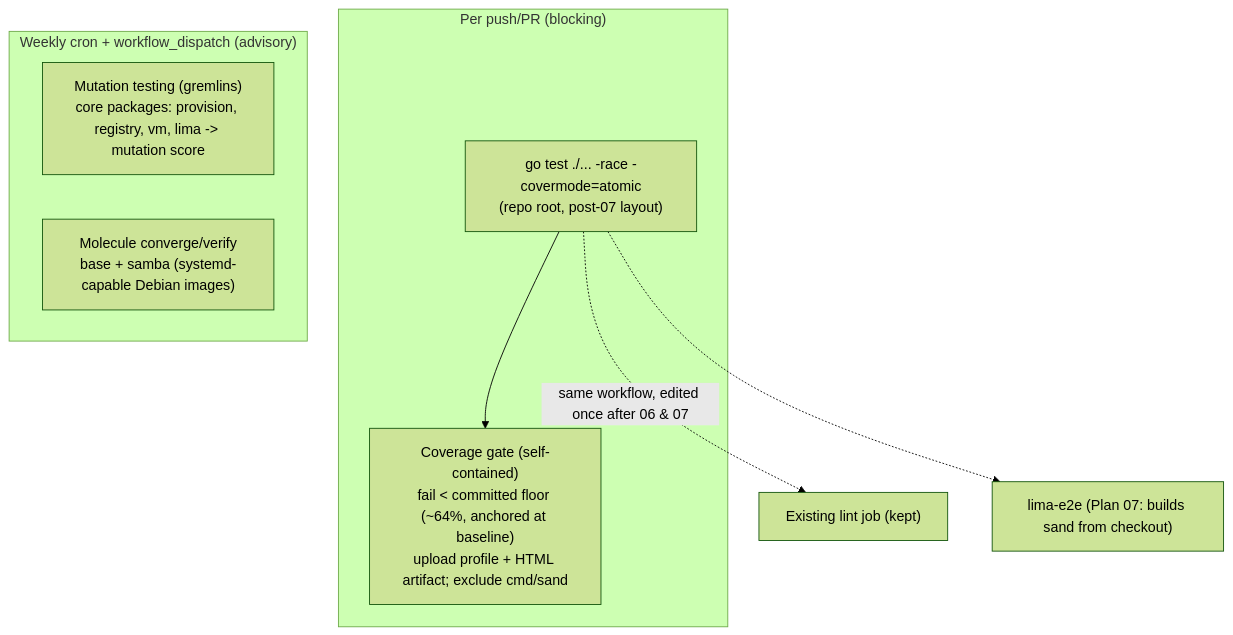
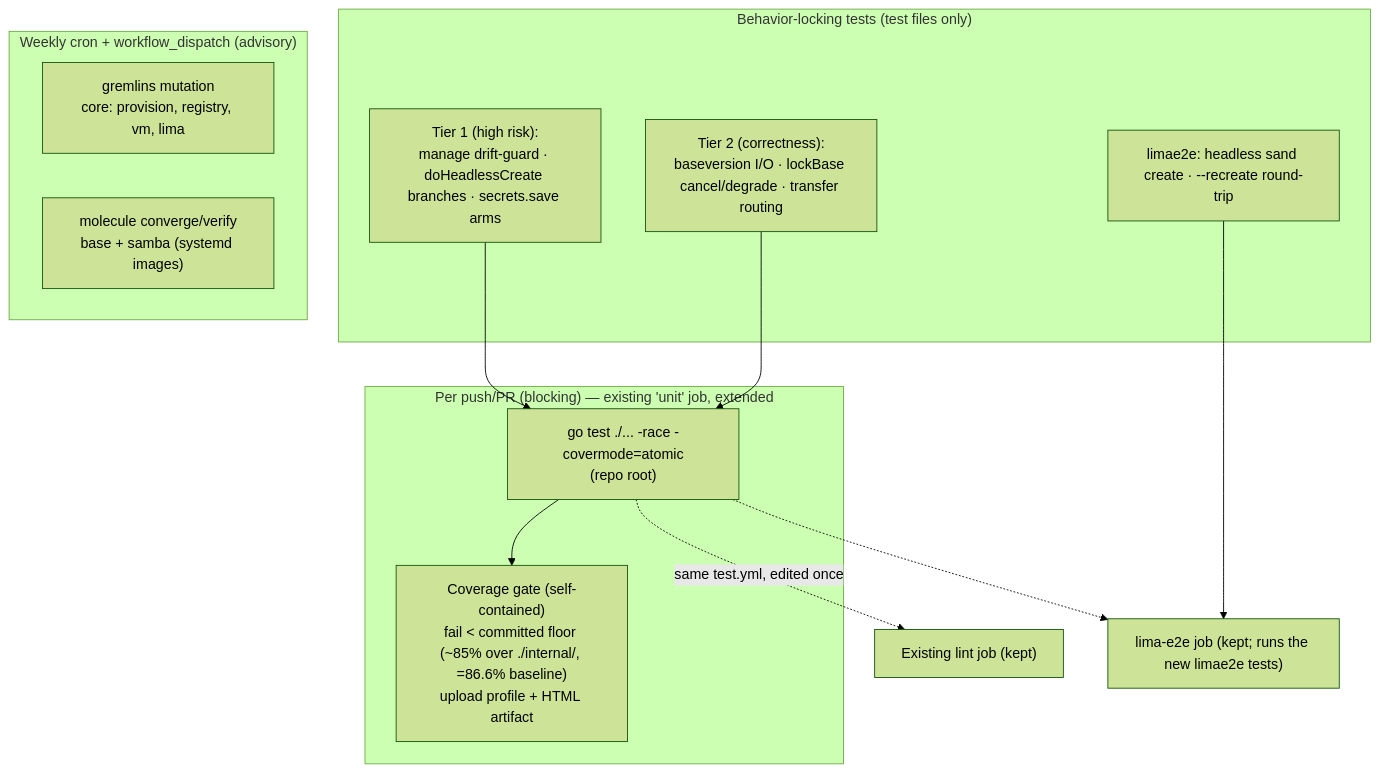
One commit to Lullabot/sandbar changed the first of 2 diagrams in .ai/strikethroo/plans/08--ci-tests-coverage-mutation/plan-08--ci-tests-coverage-mutation.md. Above: the diagram before and after it, drawn with Mermaid (forest theme). The commit also changed other lines of this file and 25 other files, not shown here.

First line of the commit message:
test(ci): lock in behavior + wire race/coverage/mutation/molecule (plan 08 phase 1)

````diff
--- a/.ai/strikethroo/plans/08--ci-tests-coverage-mutation/plan-08--ci-tests-coverage-mutation.md
+++ b/.ai/strikethroo/plans/08--ci-tests-coverage-mutation/plan-08--ci-tests-coverage-mutation.md
@@ -60,16 +79,24 @@
 ```mermaid
 flowchart TD
-    subgraph FAST["Per push/PR (blocking)"]
-        G["go test ./... -race -covermode=atomic<br/>(repo root, post-07 layout)"]
-        COV["Coverage gate (self-contained)<br/>fail < committed floor (~64%, anchored at baseline)<br/>upload profile + HTML artifact; exclude cmd/sand"]
+    subgraph AUTHOR["Behavior-locking tests (test files only)"]
+        T1["Tier 1 (high risk):<br/>manage drift-guard · doHeadlessCreate branches · secrets.save arms"]
+        T2["Tier 2 (correctness):<br/>baseversion I/O · lockBase cancel/degrade · transfer routing"]
+        E["limae2e: headless sand create · --recreate round-trip"]
+    end
+    subgraph FAST["Per push/PR (blocking) — existing 'unit' job, extended"]
+        G["go test ./... -race -covermode=atomic<br/>(repo root)"]
+        COV["Coverage gate (self-contained)<br/>fail < committed floor (~85% over ./internal/, =86.6% baseline)<br/>upload profile + HTML artifact"]
         G --> COV
     end
     subgraph SLOW["Weekly cron + workflow_dispatch (advisory)"]
-        M["Mutation testing (gremlins)<br/>core packages: provision, registry, vm, lima -> mutation score"]
-        MOL["Molecule converge/verify<br/>base + samba (systemd-capable Debian images)"]
+        M["gremlins mutation<br/>core: provision, registry, vm, lima"]
+        MOL["molecule converge/verify<br/>base + samba (systemd images)"]
     end
     LINT["Existing lint job (kept)"]
-    E2E["lima-e2e (Plan 07: builds sand from checkout)"]
-    G -.->|same workflow, edited once after 06 & 07| LINT
+    E2E["lima-e2e job (kept; runs the new limae2e tests)"]
+    T1 --> G
+    T2 --> G
+    E --> E2E
+    G -.->|same test.yml, edited once| LINT
     G -.-> E2E
 ```
````
